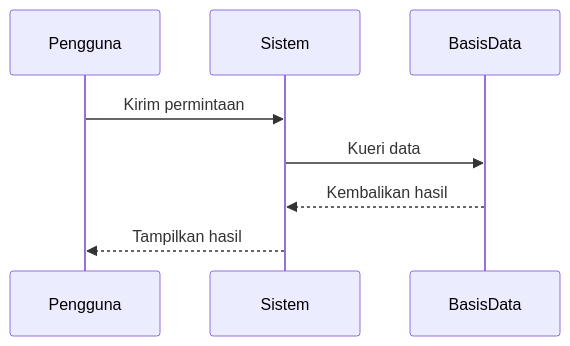
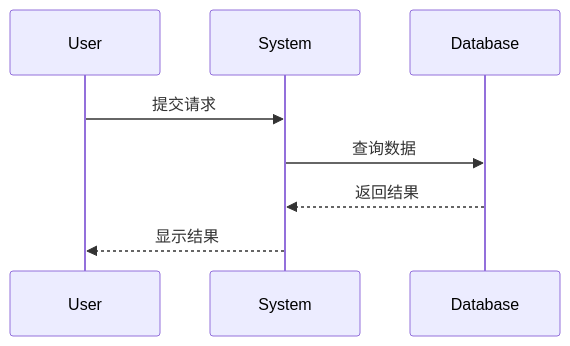
One commit to zccz14/CZON changed the second of 7 diagrams in .czon/src/id-ID/8938d6aac9c056c06137a041b8e82379bfb619bb6d435b9ecec515337dd0cd69.md. Above: the diagram before and after it, drawn with Mermaid. The commit also changed other lines of this file and 148 other files, not shown here.

````diff
--- a/.czon/src/id-ID/8938d6aac9c056c06137a041b8e82379bfb619bb6d435b9ecec515337dd0cd69.md
+++ b/.czon/src/id-ID/8938d6aac9c056c06137a041b8e82379bfb619bb6d435b9ecec515337dd0cd69.md
@@ -38,11 +37,11 @@
 ```mermaid
 sequenceDiagram
-    participant Pengguna
-    participant Sistem
-    participant BasisData
+    participant User
+    participant System
+    participant Database
 
-    Pengguna->>Sistem: Kirim permintaan
-    Sistem->>BasisData: Kueri data
-    BasisData-->>Sistem: Kembalikan hasil
-    Sistem-->>Pengguna: Tampilkan hasil
+    User->>System: 提交请求
+    System->>Database: 查询数据
+    Database-->>System: 返回结果
+    System-->>User: 显示结果
 ```
````
